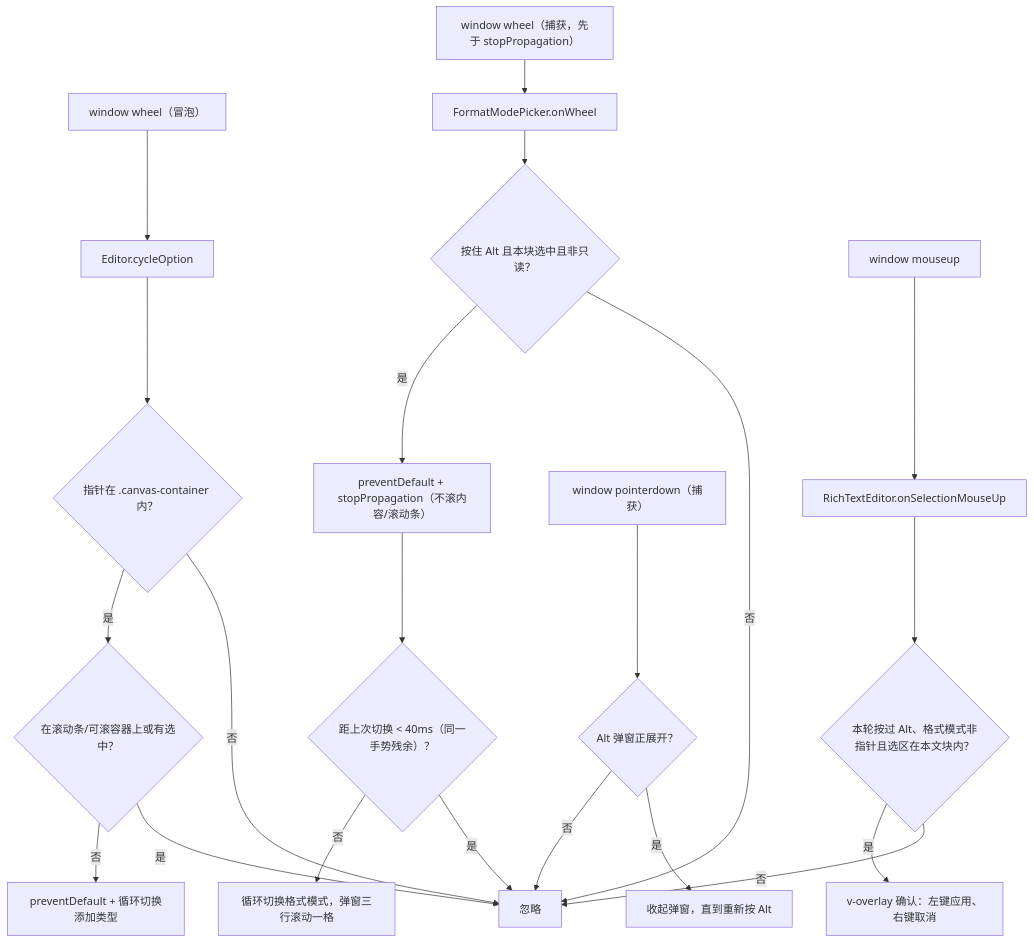
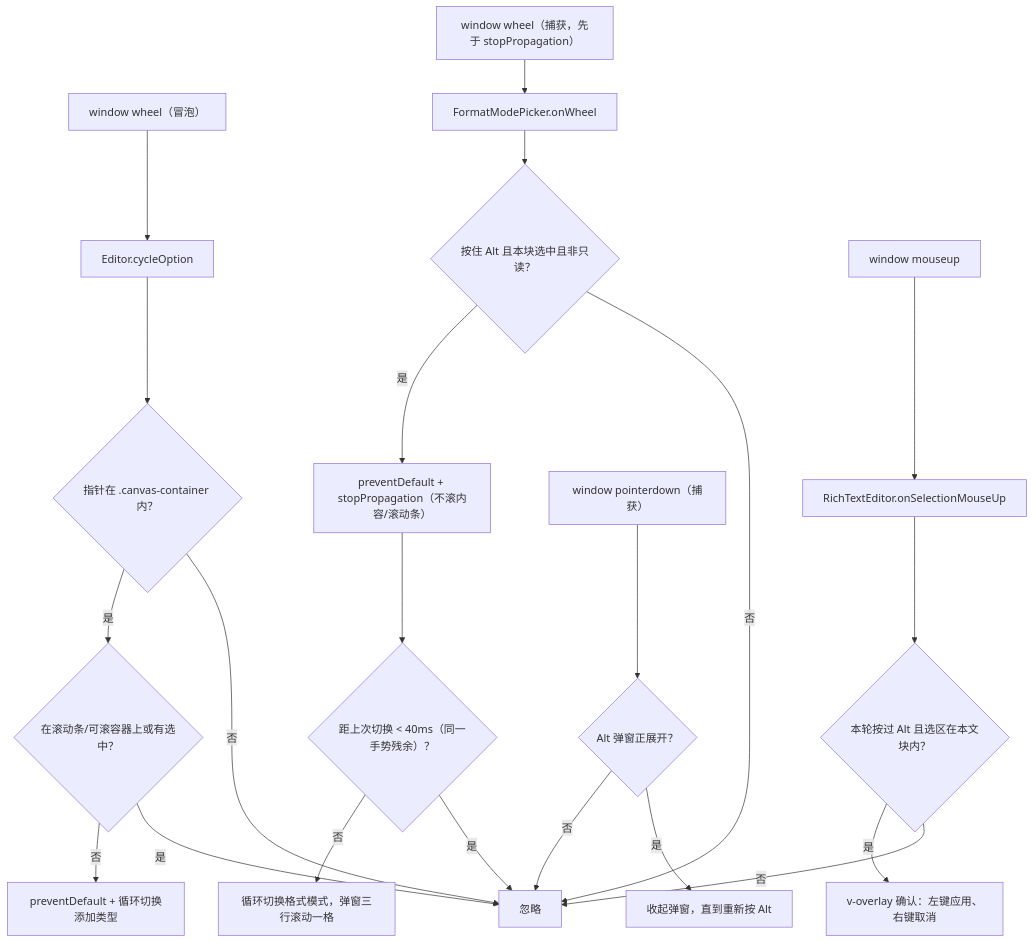
One commit to LogicAurora/Mindrizzle changed the fourth of 4 diagrams in src/docs/flow/07-events-flow.md. Above: the diagram before and after it, drawn with Mermaid. The commit also changed 2 other files, not shown here.

Commit message:
fix:富文本块被取消选中后清除选区

````diff
--- a/src/docs/flow/07-events-flow.md
+++ b/src/docs/flow/07-events-flow.md
@@ -61,26 +61,26 @@
 ```mermaid
 flowchart TD
   A["window wheel（冒泡）"] --> B["Editor.cycleOption"]
   B --> C{"指针在 .canvas-container 内？"}
   C -->|否| Z["忽略"]
   C -->|是| D{"在滚动条/可滚容器上或有选中？"}
   D -->|是| Z
   D -->|否| E["preventDefault + 循环切换添加类型"]
 
   F["window wheel（捕获，先于 stopPropagation）"] --> G["FormatModePicker.onWheel"]
   G --> H{"按住 Alt 且本块选中且非只读？"}
   H -->|否| Z
   H -->|是| I["preventDefault + stopPropagation（不滚内容/滚动条）"]
   I --> I2{"距上次切换 < 40ms（同一手势残余）？"}
   I2 -->|是| Z
   I2 -->|否| I3["循环切换格式模式，弹窗三行滚动一格"]
 
   P["window pointerdown（捕获）"] --> Q{"Alt 弹窗正展开？"}
   Q -->|是| Q2["收起弹窗，直到重新按 Alt"]
   Q -->|否| Z
 
   K["window mouseup"] --> L["RichTextEditor.onSelectionMouseUp"]
-  L --> M{"本轮按过 Alt、格式模式非指针且选区在本文块内？"}
+  L --> M{"本轮按过 Alt 且选区在本文块内？"}
   M -->|否| Z
   M -->|是| N["v-overlay 确认：左键应用、右键取消"]
 ```
````
